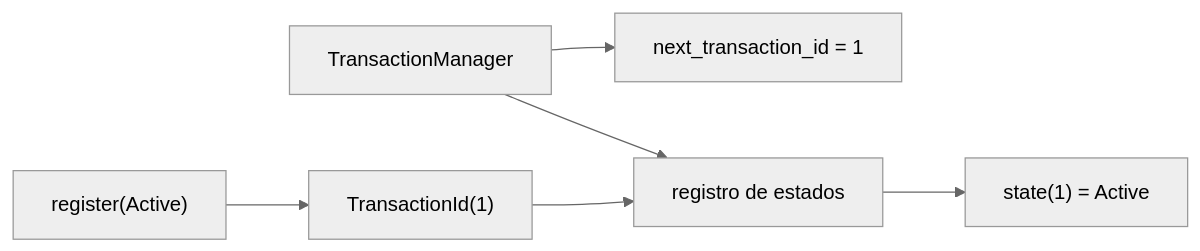
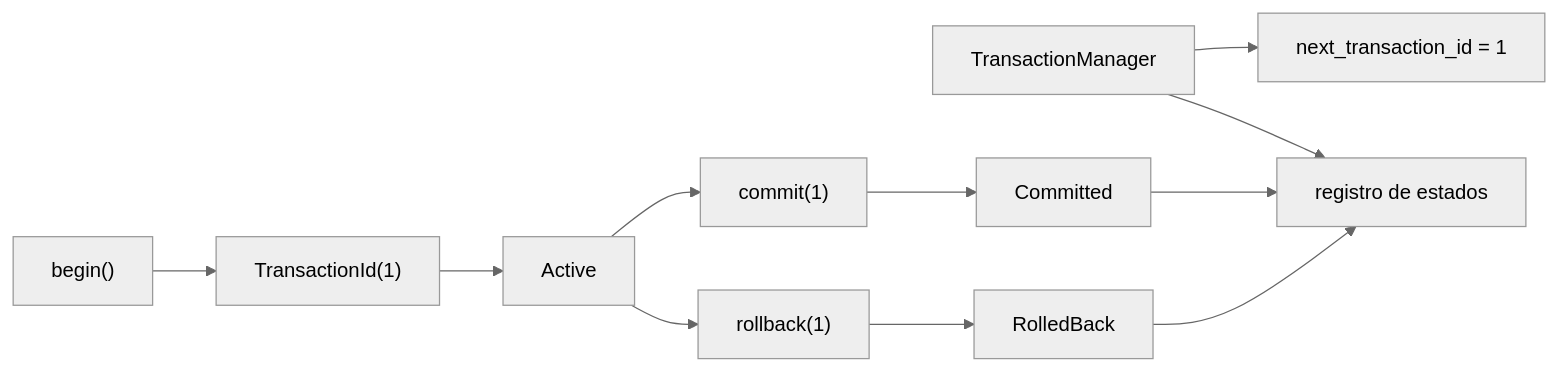
Before and after one commit to jeresoftx/rust-database-internals: the diagram in docs/04-transacciones.md, drawn with Mermaid (neutral theme). The commit also changed other lines of this file and 5 other files, not shown here.

````diff
--- a/docs/04-transacciones.md
+++ b/docs/04-transacciones.md
@@ -53,8 +70,13 @@
 ```mermaid
 flowchart LR
     manager["TransactionManager"] --> next["next_transaction_id = 1"]
     manager --> registry["registro de estados"]
-    register["register(Active)"] --> id1["TransactionId(1)"]
-    id1 --> registry
-    registry --> state["state(1) = Active"]
+    begin["begin()"] --> id1["TransactionId(1)"]
+    id1 --> active["Active"]
+    active --> commit["commit(1)"]
+    active --> rollback["rollback(1)"]
+    commit --> committed["Committed"]
+    rollback --> rolled_back["RolledBack"]
+    committed --> registry
+    rolled_back --> registry
 ```
````
